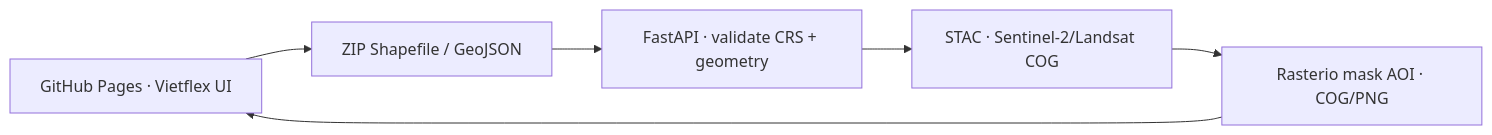
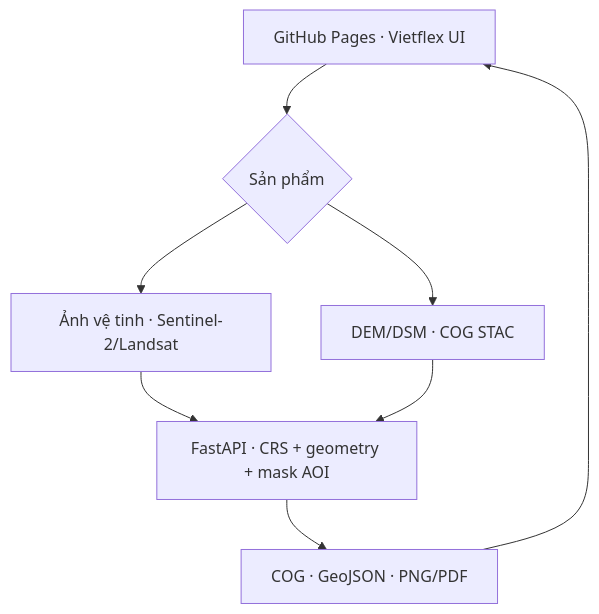
One commit to Vietflexmap/giamsat changed the diagram in README.md. Above: the diagram before and after it, drawn with Mermaid. The commit also changed other lines of this file, not shown here.

Commit message:
Cập nhật kiến trúc DEM và API

````diff
--- a/README.md
+++ b/README.md
@@ -16,8 +18,10 @@
 ```mermaid
-flowchart LR
-  A[GitHub Pages · Vietflex UI] --> B[ZIP Shapefile / GeoJSON]
-  B --> C[FastAPI · validate CRS + geometry]
-  C --> D[STAC · Sentinel-2/Landsat COG]
-  D --> E[Rasterio mask AOI · COG/PNG]
-  E --> A
+flowchart TB
+  A[GitHub Pages · Vietflex UI] --> B{Sản phẩm}
+  B --> C[Ảnh vệ tinh · Sentinel-2/Landsat]
+  B --> D[DEM/DSM · COG STAC]
+  C --> E[FastAPI · CRS + geometry + mask AOI]
+  D --> E
+  E --> F[COG · GeoJSON · PNG/PDF]
+  F --> A
 ```
````
